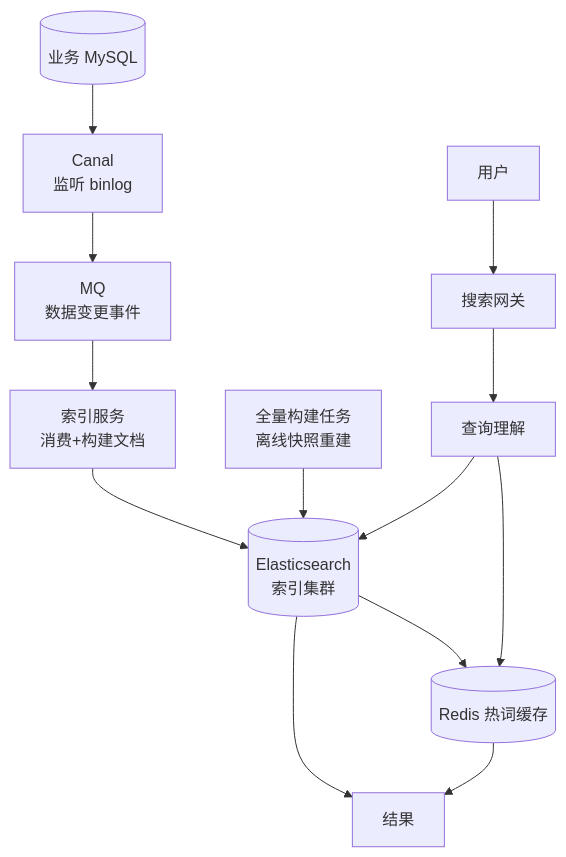
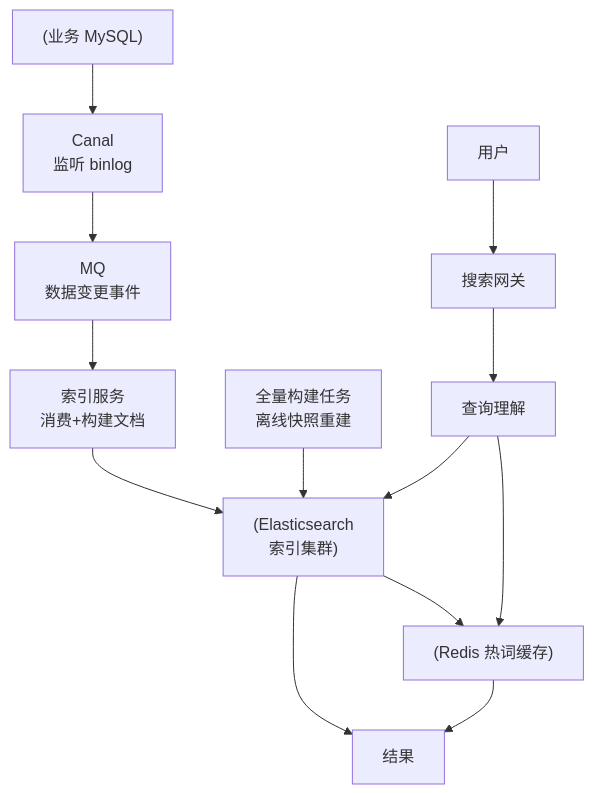
Before and after one commit to regding/java-interview-prep: the ninth of 9 diagrams in 20-system-design-cases-2.md, drawn with Mermaid. The commit also changed other lines of this file and 20 other files, not shown here.

First line of the commit message:
fix: 全库 mermaid 中文节点标签统一加引号

````diff
--- a/20-system-design-cases-2.md
+++ b/20-system-design-cases-2.md
@@ -544,15 +544,15 @@
 ```mermaid
 flowchart TD
-    M[(业务 MySQL)] --> CANAL[Canal<br/>监听 binlog]
-    CANAL --> MQ2[MQ<br/>数据变更事件]
-    MQ2 --> IDX[索引服务<br/>消费+构建文档]
-    IDX --> ES[(Elasticsearch<br/>索引集群)]
-    ES --> C[(Redis 热词缓存)]
-    FULL[全量构建任务<br/>离线快照重建] --> ES
-    U3[用户] --> SG[搜索网关]
-    SG --> QU[查询理解]
+    M["(业务 MySQL)"] --> CANAL["Canal<br/>监听 binlog"]
+    CANAL --> MQ2["MQ<br/>数据变更事件"]
+    MQ2 --> IDX["索引服务<br/>消费+构建文档"]
+    IDX --> ES["(Elasticsearch<br/>索引集群)"]
+    ES --> C["(Redis 热词缓存)"]
+    FULL["全量构建任务<br/>离线快照重建"] --> ES
+    U3["用户"] --> SG["搜索网关"]
+    SG --> QU["查询理解"]
     QU --> ES
     QU --> C
-    ES --> RES[结果]
+    ES --> RES["结果"]
     C --> RES
 ```
````
